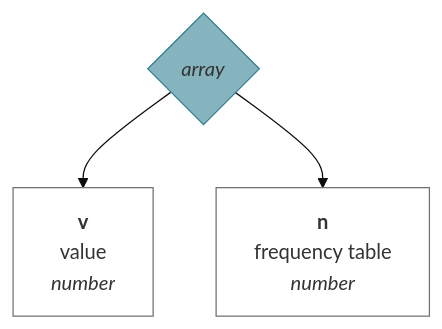
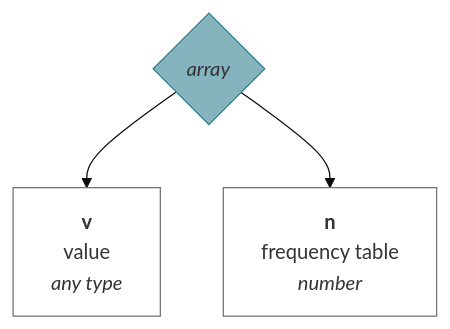
Diagram 16 of 38 in docs/en-GB.md (muzikp/retusa), drawn with Mermaid (base theme) before and after one commit. The commit also changed other lines of this file and 8 other files, not shown here.

````diff
--- a/docs/en-GB.md
+++ b/docs/en-GB.md
@@ -506,13 +506,13 @@
 ```mermaid
 graph TD
 frequency{<i>array</i>}
 style frequency fill:#85B3BE;
 style frequency stroke:#2E7C8F;
-frequency --> v[<b>v</b><br>value <br><i>number</i>]
+frequency --> v[<b>v</b><br>value <br><i>any type</i>]
 style v fill:#FFFFFF;
 style v stroke:#75716F;
 frequency --> n[<b>n</b><br>frequency table <br><i>number</i>]
 style n fill:#FFFFFF;
 style n stroke:#75716F;
 
 ```
````
